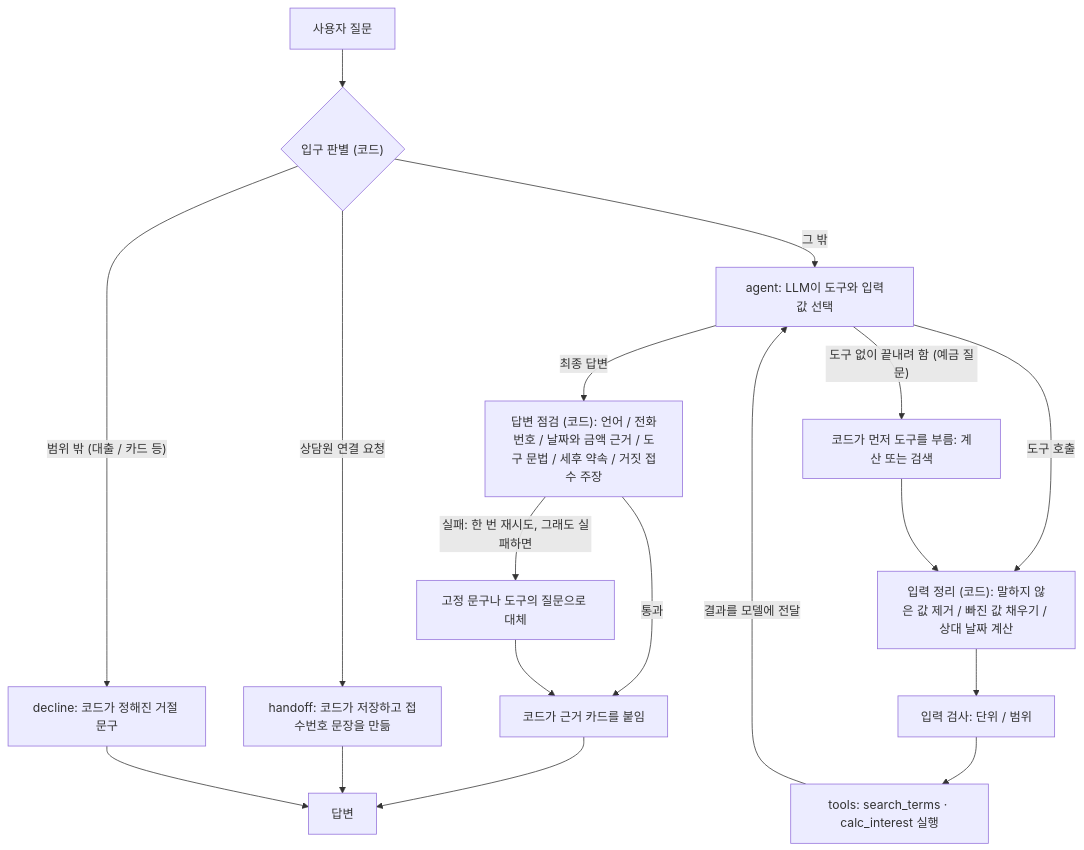
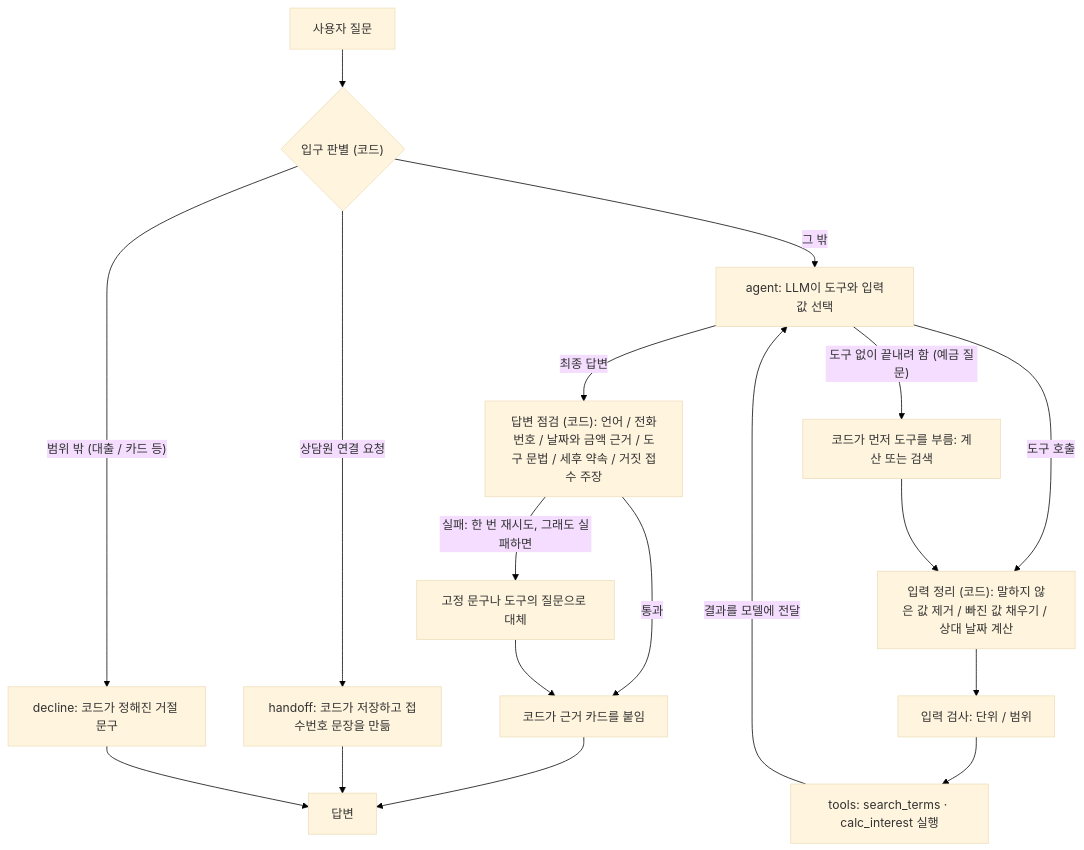
One commit to ohjuhun1119/banking-agent changed the diagram in README.md. Above: the diagram before and after it, drawn with Mermaid.

Commit message:
README 수정

````diff
--- a/README.md
+++ b/README.md
@@ -40,20 +40,26 @@
 ```mermaid
+%%{init: {
+  'theme': 'base',
+  'themeVariables': {
+    'background': '#ffffff'
+  }
+}}%%
 flowchart TD
     Q["사용자 질문"] --> E{"입구 판별 (코드)"}
     E -->|"상담원 연결 요청"| H["handoff: 코드가 저장하고 접수번호 문장을 만듦"]
     E -->|"범위 밖 (대출 / 카드 등)"| X["decline: 코드가 정해진 거절 문구"]
     E -->|"그 밖"| A["agent: LLM이 도구와 입력값 선택"]
     A -->|"도구 없이 끝내려 함 (예금 질문)"| F["코드가 먼저 도구를 부름: 계산 또는 검색"]
     A -->|"도구 호출"| G["입력 정리 (코드): 말하지 않은 값 제거 / 빠진 값 채우기 / 상대 날짜 계산"]
     F --> G
     G --> V["입력 검사: 단위 / 범위"]
     V --> T["tools: search_terms · calc_interest 실행"]
     T -->|"결과를 모델에 전달"| A
     A -->|"최종 답변"| C["답변 점검 (코드): 언어 / 전화번호 / 날짜와 금액 근거 / 도구 문법 / 세후 약속 / 거짓 접수 주장"]
     C -->|"통과"| EV["코드가 근거 카드를 붙임"]
     C -->|"실패: 한 번 재시도, 그래도 실패하면"| FB["고정 문구나 도구의 질문으로 대체"]
     FB --> EV
     EV --> OUT["답변"]
     H --> OUT
     X --> OUT
 ```
````
